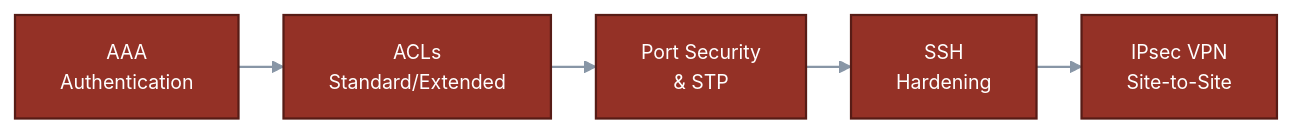
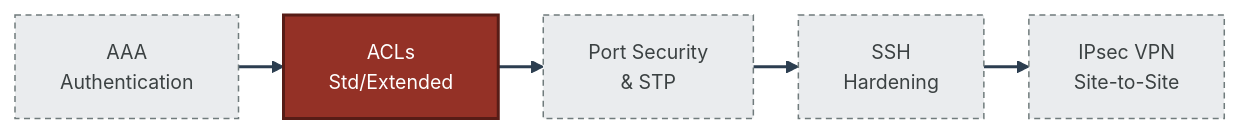
One commit to malaika-azhar/Cisco-Networking-Lab-Portfolio changed the fourth of 6 diagrams in README.md. Above: the diagram before and after it, drawn with Mermaid. The commit also changed other lines of this file, not shown here.

````diff
--- a/README.md
+++ b/README.md
@@ -142,7 +156,8 @@
 ```mermaid
-%%{init: {'theme': 'base', 'themeVariables': {'fontSize': '13px'}, 'flowchart': {'nodeSpacing': 14, 'rankSpacing': 30}}}%%
+%%{init: {'theme': 'base', 'themeVariables': {'fontSize': '13px'}, 'flowchart': {'nodeSpacing': 16, 'rankSpacing': 30}}}%%
 flowchart LR
-    A["AAA<br/>Authentication"]:::s --> B["ACLs<br/>Standard/Extended"]:::s --> C["Port Security<br/>& STP"]:::s --> D["SSH<br/>Hardening"]:::s --> E["IPsec VPN<br/>Site-to-Site"]:::s
-    classDef s fill:#943126,stroke:#571C16,stroke-width:1.5px,color:#FFFFFF
-    linkStyle default stroke:#8896A6,stroke-width:1.5px
+    A["AAA<br/>Authentication"]:::unseen --> B["ACLs<br/>Std/Extended"]:::seen --> C["Port Security<br/>& STP"]:::unseen --> D["SSH<br/>Hardening"]:::unseen --> E["IPsec VPN<br/>Site-to-Site"]:::unseen
+    classDef seen fill:#943126,stroke:#571C16,stroke-width:2px,color:#FFFFFF
+    classDef unseen fill:#EAECEE,stroke:#707B7C,color:#3B4142,stroke-dasharray: 4 3
+    linkStyle default stroke:#2C3E50,stroke-width:2px
 ```
````
